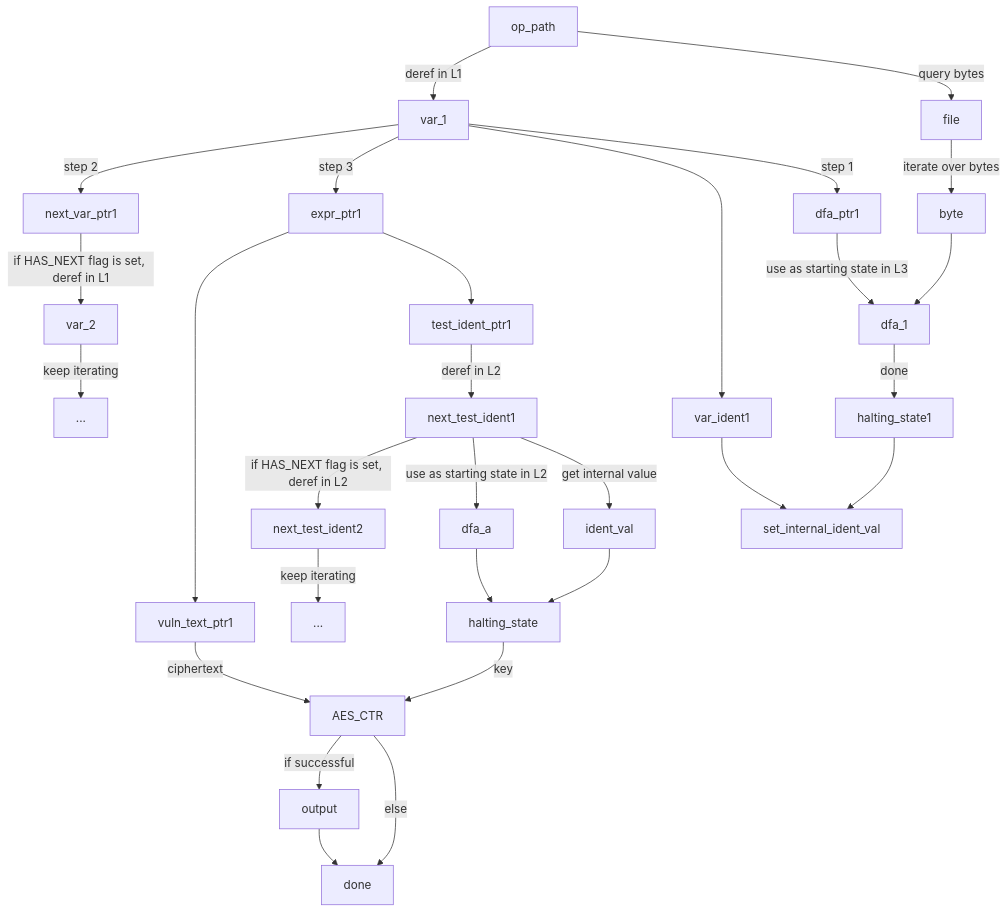
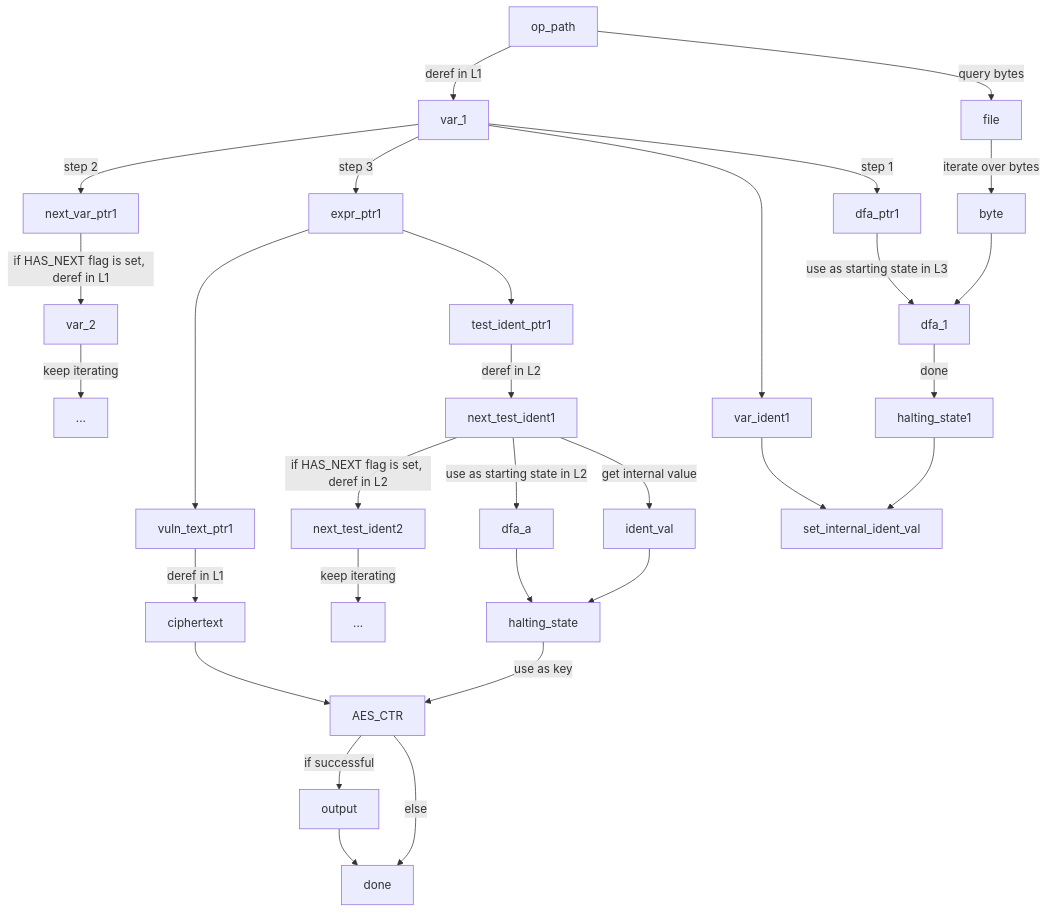
One commit to ajiang-xyz/ZekaEngine changed the diagram in technical/README.md. Above: the diagram before and after it, drawn with Mermaid.

Commit message:
docs: make flowchart more explicit

````diff
--- a/technical/README.md
+++ b/technical/README.md
@@ -8,44 +8,45 @@
 ```mermaid
 flowchart TD
     op_path -->|deref in L1| var_1
     var_1 -->|step 2| next_var_ptr1
     var_1 -->|step 3| expr_ptr1
     var_1 --> var_ident1
     var_1 -->|step 1| dfa_ptr1
     
     next_var_ptr1 -->|if HAS_NEXT flag is set, deref in L1| var_2
     var_2 -->|keep iterating| etc_1
     expr_ptr1 --> vuln_text_ptr1
     expr_ptr1 --> test_ident_ptr1
     test_ident_ptr1 -->|deref in L2| next_test_ident1
     var_ident1 --> set_internal_ident_val
 
     next_test_ident1 -->|if HAS_NEXT flag is set, deref in L2| next_test_ident2
     next_test_ident2 -->|keep iterating| etc_2
 
 
     next_test_ident1 -->|use as starting state in L2| dfa_a
     next_test_ident1 -->|get internal value| ident_val
 
     dfa_a --> halting_state
     ident_val --> halting_state
 
-    vuln_text_ptr1 -->|ciphertext| AES_CTR
-    halting_state -->|key| AES_CTR
+    vuln_text_ptr1 -->|deref in L1| ciphertext
+    ciphertext --> AES_CTR
+    halting_state -->|use as key| AES_CTR
 
     AES_CTR -->|if successful| output
     output --> done
     AES_CTR -->|else| done
 
 
     op_path -->|query bytes| file
     file -->|iterate over bytes| byte
     byte --> dfa_1
     dfa_ptr1 -->|use as starting state in L3| dfa_1
     dfa_1 -->|done| halting_state1
 
     halting_state1 --> set_internal_ident_val
 
     etc_1[...]
     etc_2[...]
 ```
````
